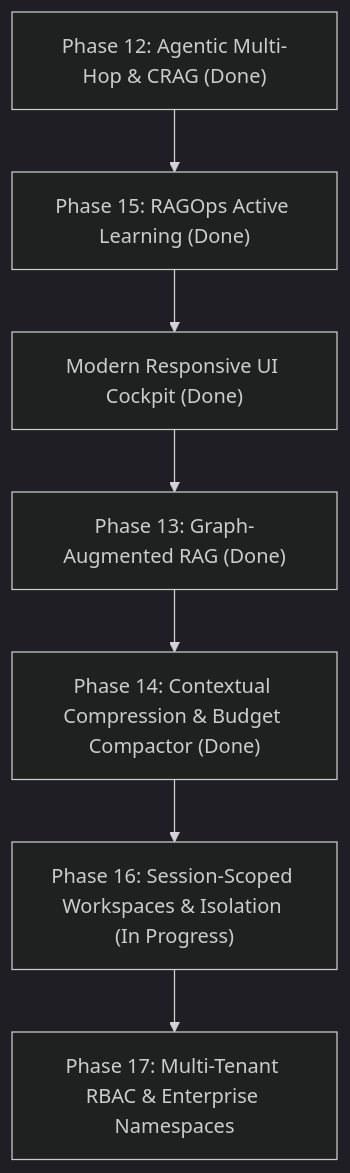
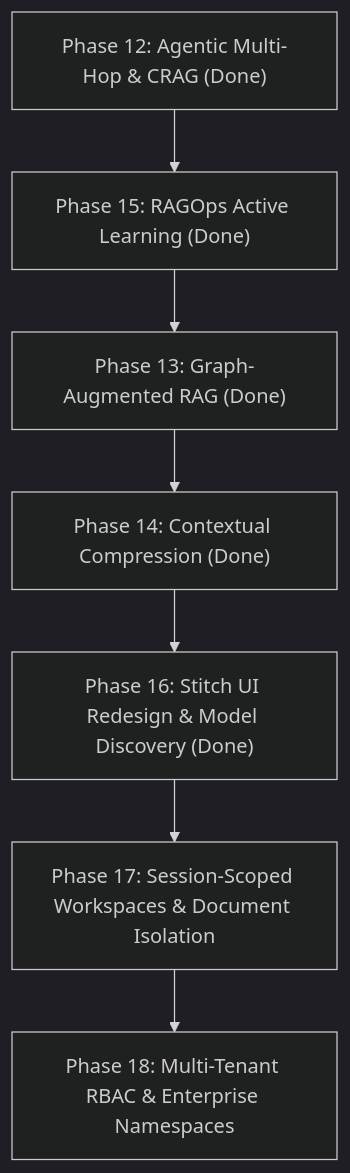
The diagram in wip.md (abhishekkumarai/hybrid-rag-platform), drawn with Mermaid (dark theme) before and after one commit. The commit also changed other lines of this file and 9 other files, not shown here.

````diff
--- a/wip.md
+++ b/wip.md
@@ -74,9 +133,9 @@
 ```mermaid
 graph TD
     A["Phase 12: Agentic Multi-Hop & CRAG (Done)"] --> B["Phase 15: RAGOps Active Learning (Done)"]
-    B --> C["Modern Responsive UI Cockpit (Done)"]
-    C --> D["Phase 13: Graph-Augmented RAG (Done)"]
-    D --> E["Phase 14: Contextual Compression & Budget Compactor (Done)"]
-    E --> F["Phase 16: Session-Scoped Workspaces & Isolation (In Progress)"]
-    F --> G["Phase 17: Multi-Tenant RBAC & Enterprise Namespaces"]
+    B --> C["Phase 13: Graph-Augmented RAG (Done)"]
+    C --> D["Phase 14: Contextual Compression (Done)"]
+    D --> E["Phase 16: Stitch UI Redesign & Model Discovery (Done)"]
+    E --> F["Phase 17: Session-Scoped Workspaces & Document Isolation"]
+    F --> G["Phase 18: Multi-Tenant RBAC & Enterprise Namespaces"]
 ```
````
